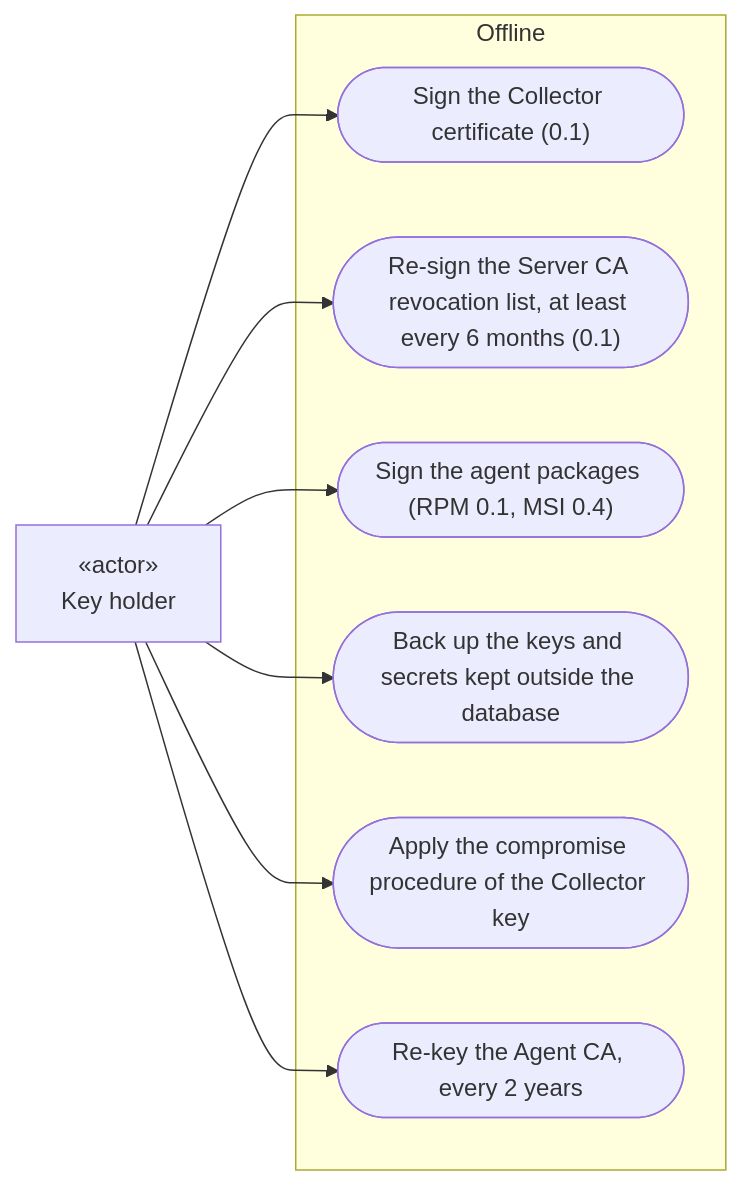
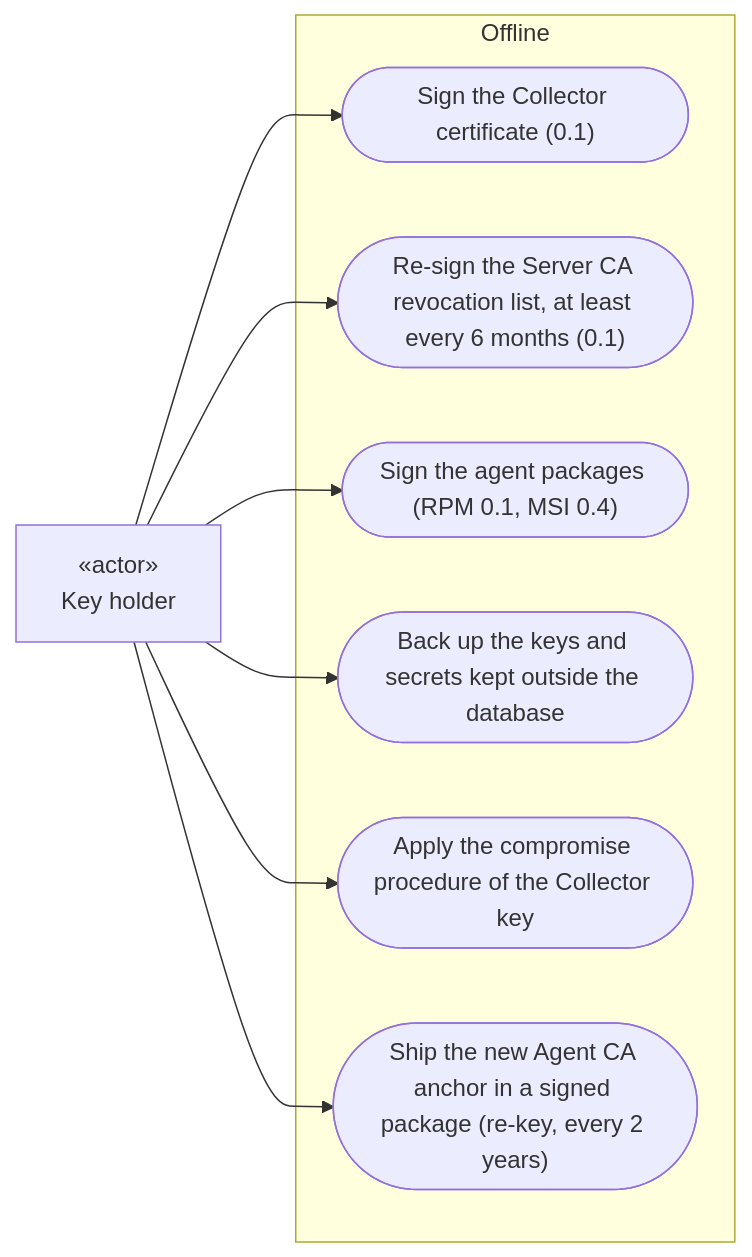
The fourth of 6 diagrams in doc/analyse/uml/v1/use-cases.md (micdef/Dashboard), drawn with Mermaid before and after one commit. The commit also changed other lines of this file, not shown here.

````diff
--- a/doc/analyse/uml/v1/use-cases.md
+++ b/doc/analyse/uml/v1/use-cases.md
@@ -145,20 +146,20 @@
 ```mermaid
 flowchart LR
     KeyHolder["«actor»<br/>Key holder"]
 
     subgraph Offline ["Offline"]
         SignServer(["Sign the Collector certificate (0.1)"])
         SignCrl(["Re-sign the Server CA revocation list, at least every 6 months (0.1)"])
         SignPackages(["Sign the agent packages (RPM 0.1, MSI 0.4)"])
         BackupKeys(["Back up the keys and secrets kept outside the database"])
         Compromise(["Apply the compromise procedure of the Collector key"])
-        Rekey(["Re-key the Agent CA, every 2 years"])
+        Rekey(["Ship the new Agent CA anchor in a signed package (re-key, every 2 years)"])
     end
 
     KeyHolder --> SignServer
     KeyHolder --> SignCrl
     KeyHolder --> SignPackages
     KeyHolder --> BackupKeys
     KeyHolder --> Compromise
     KeyHolder --> Rekey
 ```
````
